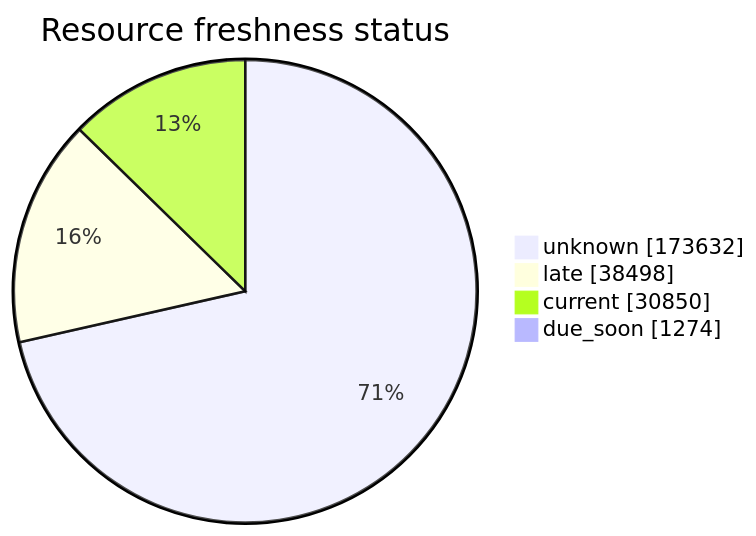
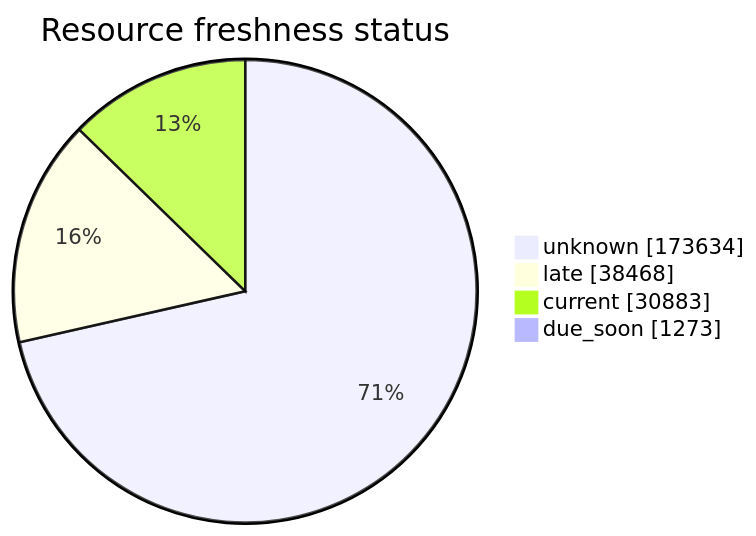
Before and after one commit to open-data/analytics-corporate-reporting: the third of 5 diagrams in FreshCheck/README.md, drawn with Mermaid. The commit also changed other lines of this file and 3 other files, not shown here.

````diff
--- a/FreshCheck/README.md
+++ b/FreshCheck/README.md
@@ -77,7 +77,7 @@
 ```mermaid
 pie showData title Resource freshness status
-    "unknown": 173632
-    "late": 38498
-    "current": 30850
-    "due_soon": 1274
+    "unknown": 173634
+    "late": 38468
+    "current": 30883
+    "due_soon": 1273
 ```
````
